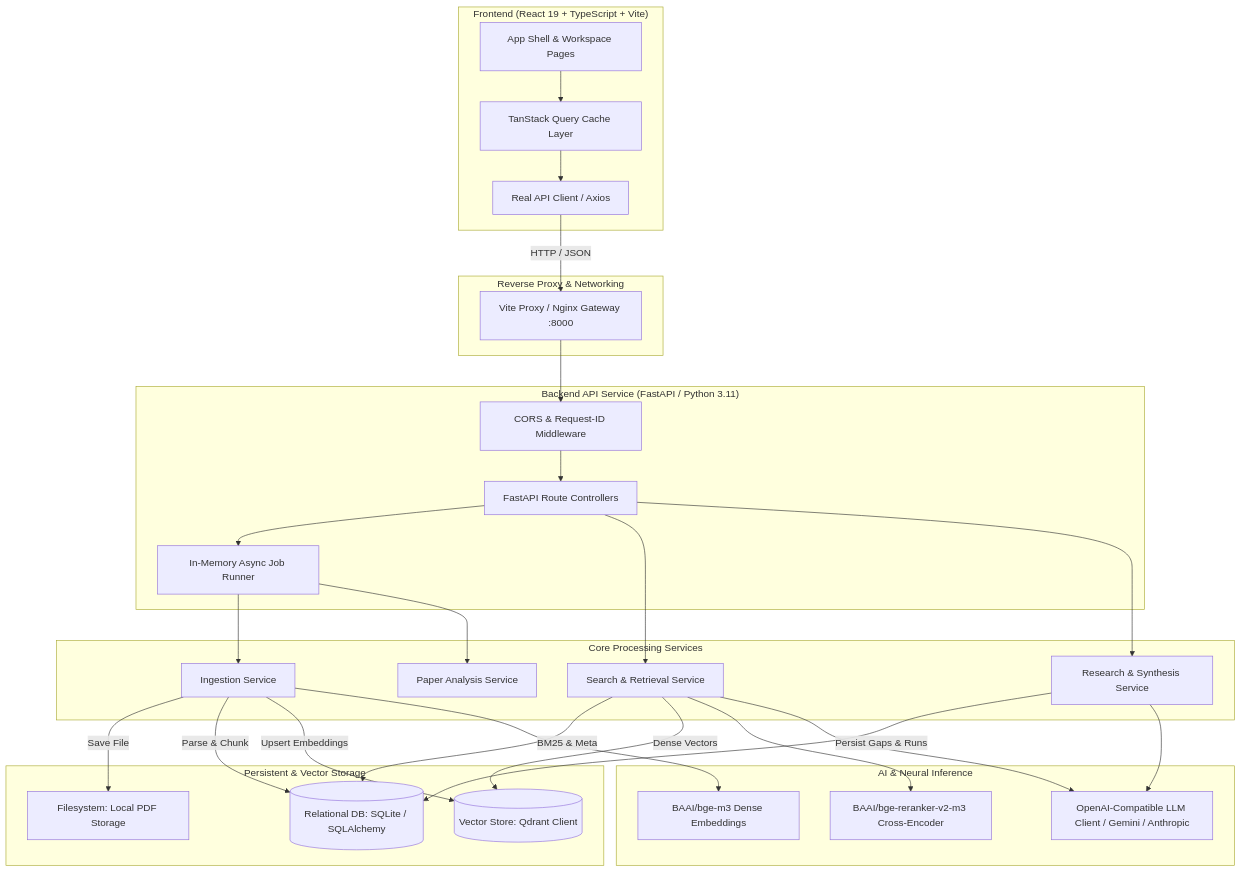
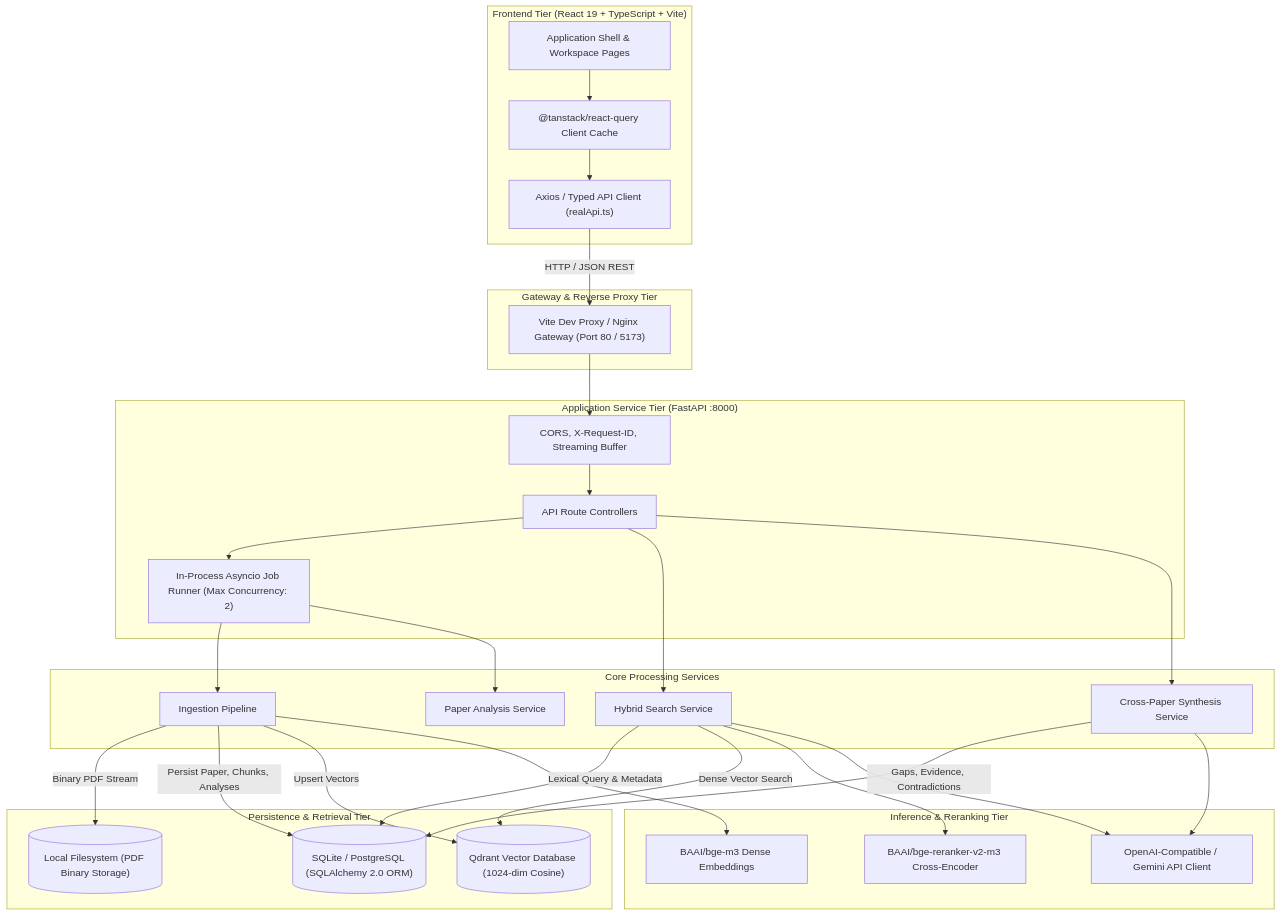
Before and after one commit to def-hrithik/AI_Research_Gap_Finder: the first of 5 diagrams in README.md, drawn with Mermaid. The commit also changed other lines of this file, not shown here.

````diff
--- a/README.md
+++ b/README.md
@@ -76,59 +97,59 @@
 ```mermaid
 graph TD
-    subgraph Client ["Frontend (React 19 + TypeScript + Vite)"]
-        UI[App Shell & Workspace Pages]
-        RQ[TanStack Query Cache Layer]
-        API_Client[Real API Client / Axios]
-        UI --> RQ --> API_Client
+    subgraph Client ["Frontend Tier (React 19 + TypeScript + Vite)"]
+        UI["Application Shell & Workspace Pages"]
+        Cache["@tanstack/react-query Client Cache"]
+        ApiClient["Axios / Typed API Client (realApi.ts)"]
+        UI --> Cache --> ApiClient
     end
 
-    subgraph Gateway ["Reverse Proxy & Networking"]
-        Proxy[Vite Proxy / Nginx Gateway :8000]
-        API_Client -->|HTTP / JSON| Proxy
+    subgraph Gateway ["Gateway & Reverse Proxy Tier"]
+        Proxy["Vite Dev Proxy / Nginx Gateway (Port 80 / 5173)"]
+        ApiClient -->|HTTP / JSON REST| Proxy
     end
 
-    subgraph Backend ["Backend API Service (FastAPI / Python 3.11)"]
-        Router[FastAPI Route Controllers]
-        Middleware[CORS & Request-ID Middleware]
-        JobRunner[In-Memory Async Job Runner]
+    subgraph Backend ["Application Service Tier (FastAPI :8000)"]
+        Router["API Route Controllers"]
+        Middleware["CORS, X-Request-ID, Streaming Buffer"]
+        JobRunner["In-Process Asyncio Job Runner (Max Concurrency: 2)"]
         
         Proxy --> Middleware --> Router
         Router --> JobRunner
     end
 
     subgraph Services ["Core Processing Services"]
-        IngestSvc[Ingestion Service]
-        SearchSvc[Search & Retrieval Service]
-        ResearchSvc[Research & Synthesis Service]
-        AnalysisSvc[Paper Analysis Service]
+        IngestSvc["Ingestion Pipeline"]
+        SearchSvc["Hybrid Search Service"]
+        ResearchSvc["Cross-Paper Synthesis Service"]
+        AnalysisSvc["Paper Analysis Service"]
 
         Router --> SearchSvc
         Router --> ResearchSvc
         JobRunner --> IngestSvc
         JobRunner --> AnalysisSvc
     end
 
-    subgraph Storage ["Persistent & Vector Storage"]
-        DB[(Relational DB: SQLite / SQLAlchemy)]
-        Qdrant[(Vector Store: Qdrant Client)]
-        Disk[Filesystem: Local PDF Storage]
+    subgraph Storage ["Persistence & Retrieval Tier"]
+        DB[("SQLite / PostgreSQL (SQLAlchemy 2.0 ORM)")]
+        Qdrant[("Qdrant Vector Database (1024-dim Cosine)")]
+        Disk[("Local Filesystem (PDF Binary Storage)")]
 
-        IngestSvc -->|Save File| Disk
-        IngestSvc -->|Parse & Chunk| DB
-        IngestSvc -->|Upsert Embeddings| Qdrant
-        SearchSvc -->|BM25 & Meta| DB
-        SearchSvc -->|Dense Vectors| Qdrant
-        ResearchSvc -->|Persist Gaps & Runs| DB
+        IngestSvc -->|Binary PDF Stream| Disk
+        IngestSvc -->|Persist Paper, Chunks, Analyses| DB
+        IngestSvc -->|Upsert Vectors| Qdrant
+        SearchSvc -->|Lexical Query & Metadata| DB
+        SearchSvc -->|Dense Vector Search| Qdrant
+        ResearchSvc -->|Gaps, Evidence, Contradictions| DB
     end
 
-    subgraph AI_Layer ["AI & Neural Inference"]
-        Embedder[BAAI/bge-m3 Dense Embeddings]
-        Reranker[BAAI/bge-reranker-v2-m3 Cross-Encoder]
-        LLM[OpenAI-Compatible LLM Client / Gemini / Anthropic]
+    subgraph Neural ["Inference & Reranking Tier"]
+        Embedder["BAAI/bge-m3 Dense Embeddings"]
+        Reranker["BAAI/bge-reranker-v2-m3 Cross-Encoder"]
+        LLM["OpenAI-Compatible / Gemini API Client"]
 
         IngestSvc --> Embedder
         SearchSvc --> Reranker
         SearchSvc --> LLM
         ResearchSvc --> LLM
     end
 ```
````
